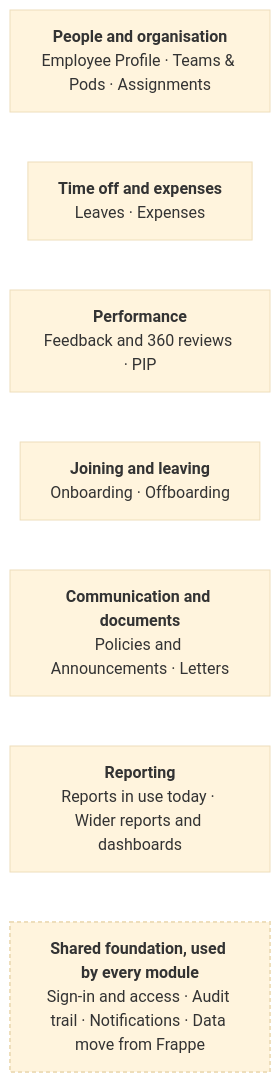
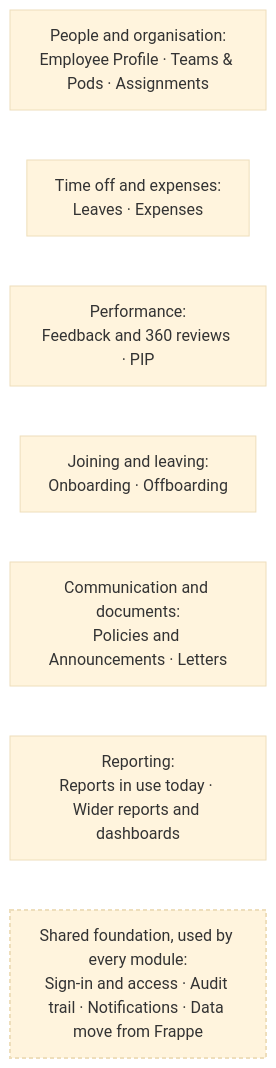
Before and after one commit to RenukaPorje/ERP-internal: the first of 2 diagrams in docs/stage-3-product-definition/02-prd.md, drawn with Mermaid (base theme). The commit also changed other lines of this file and 4 other files, not shown here.

Commit message:
fix: updating diagram labels

````diff
--- a/docs/stage-3-product-definition/02-prd.md
+++ b/docs/stage-3-product-definition/02-prd.md
@@ -17,13 +17,14 @@
 ```mermaid
+%%{init: {"fontFamily": "Arial, Helvetica, sans-serif", "flowchart": {"htmlLabels": false, "padding": 14}}}%%
 flowchart TB
-    A1["<b>People and organisation</b><br/>Employee Profile · Teams & Pods · Assignments"]
-    A2["<b>Time off and expenses</b><br/>Leaves · Expenses"]
-    A3["<b>Performance</b><br/>Feedback and 360 reviews · PIP"]
-    A4["<b>Joining and leaving</b><br/>Onboarding · Offboarding"]
-    A5["<b>Communication and documents</b><br/>Policies and Announcements · Letters"]
-    A6["<b>Reporting</b><br/>Reports in use today · Wider reports and dashboards"]
-    B["<b>Shared foundation, used by every module</b><br/>Sign-in and access · Audit trail · Notifications · Data move from Frappe"]
+    A1["People and organisation:<br/>Employee Profile · Teams & Pods · Assignments"]
+    A2["Time off and expenses:<br/>Leaves · Expenses"]
+    A3["Performance:<br/>Feedback and 360 reviews · PIP"]
+    A4["Joining and leaving:<br/>Onboarding · Offboarding"]
+    A5["Communication and documents:<br/>Policies and Announcements · Letters"]
+    A6["Reporting:<br/>Reports in use today · Wider reports and dashboards"]
+    B["Shared foundation, used by every module:<br/>Sign-in and access · Audit trail · Notifications · Data move from Frappe"]
     A1 ~~~ A2 ~~~ A3 ~~~ A4 ~~~ A5 ~~~ A6 ~~~ B
     classDef base stroke-width:2px,stroke-dasharray:4 3
     class B base
 ```
````
